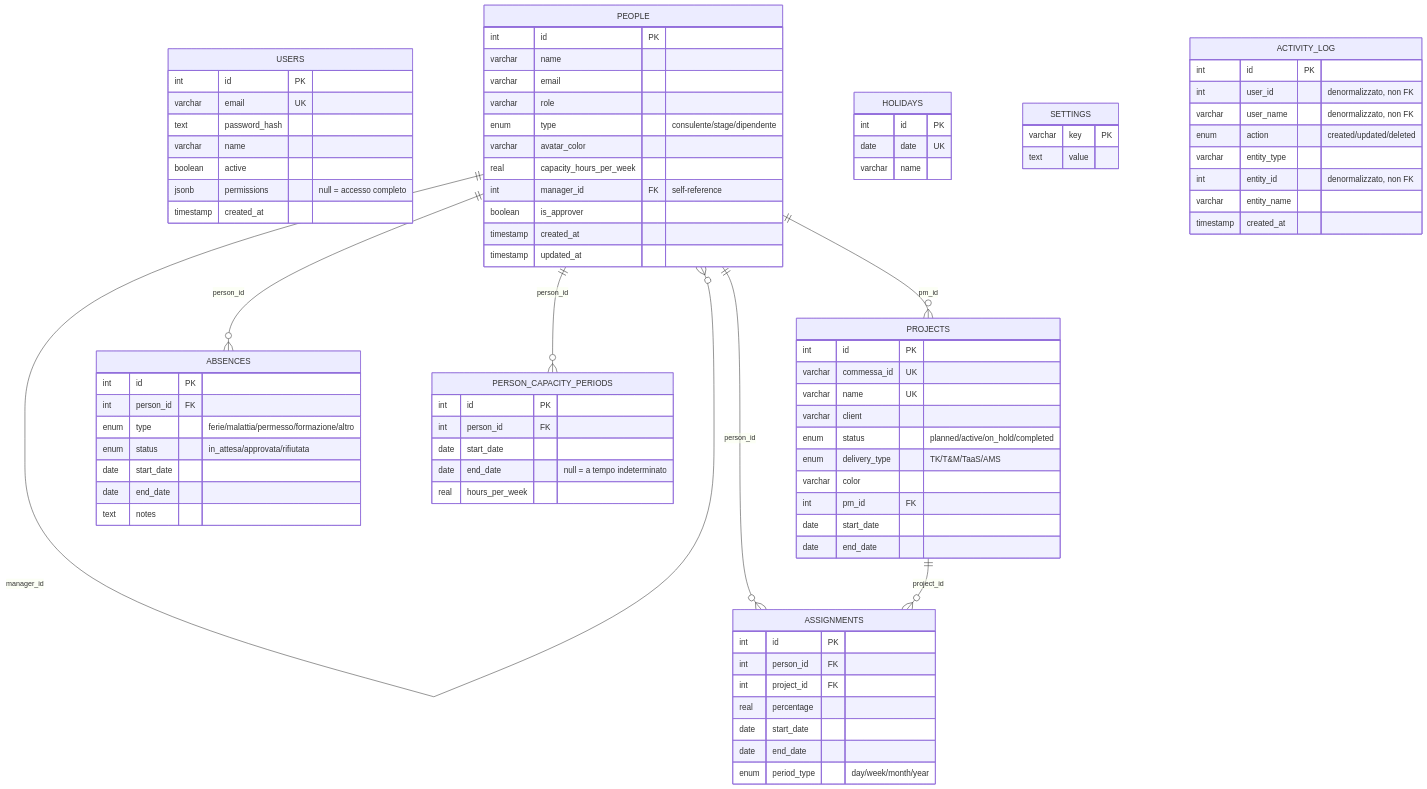
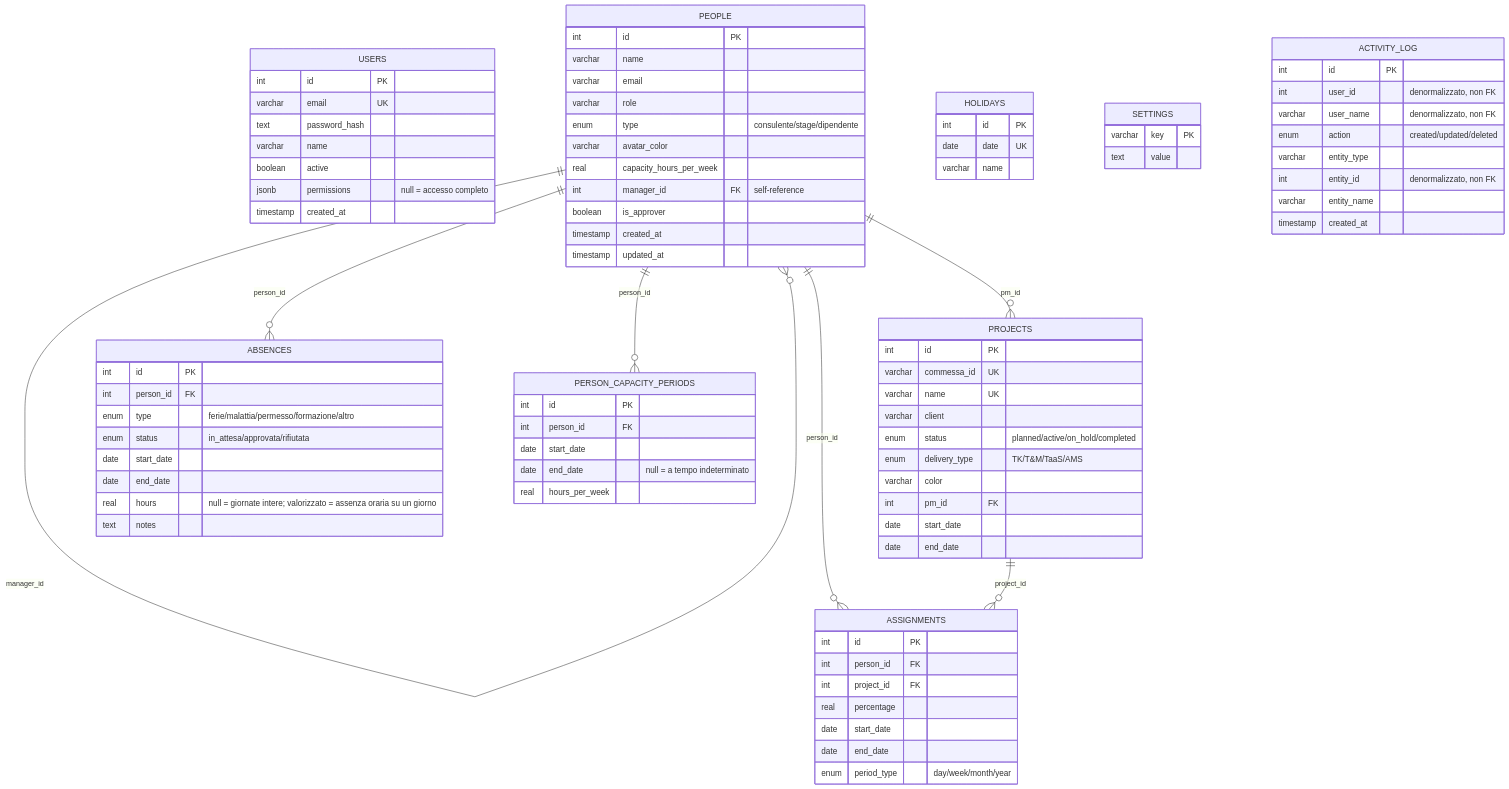
Before and after one commit to Dario883/WorkForce-Manager: the fourth of 9 diagrams in docs/02-architettura.md, drawn with Mermaid. The commit also changed 50 other files, not shown here.

```diff
--- a/docs/02-architettura.md
+++ b/docs/02-architettura.md
@@ -141,6 +141,7 @@
         enum status "in_attesa/approvata/rifiutata"
         date start_date
         date end_date
+        real hours "null = giornate intere; valorizzato = assenza oraria su un giorno"
         text notes
     }
 
```
